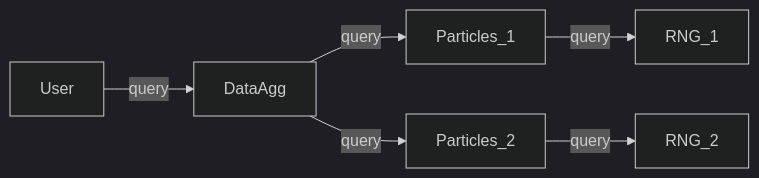
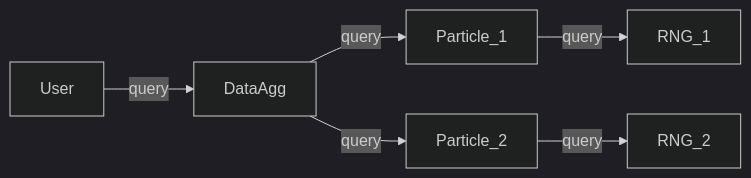
The second of 5 diagrams in README.md (willirath/2022_reproducible_distributed_scientific_computing), drawn with Mermaid (dark theme) before and after one commit. The commit also changed other lines of this file and 14 other files, not shown here.

First line of the commit message:
Update architecture (#1)

````diff
--- a/README.md
+++ b/README.md
@@ -76,8 +76,8 @@
 ```mermaid
 graph LR;
-    Particles_1 -->|query| RNG_1;
-    Particles_2 -->|query| RNG_2;
-    DataAgg -->|query| Particles_1;
-    DataAgg -->|query| Particles_2;
+    Particle_1 -->|query| RNG_1;
+    Particle_2 -->|query| RNG_2;
+    DataAgg -->|query| Particle_1;
+    DataAgg -->|query| Particle_2;
     User -->|query| DataAgg;
 ```
````
